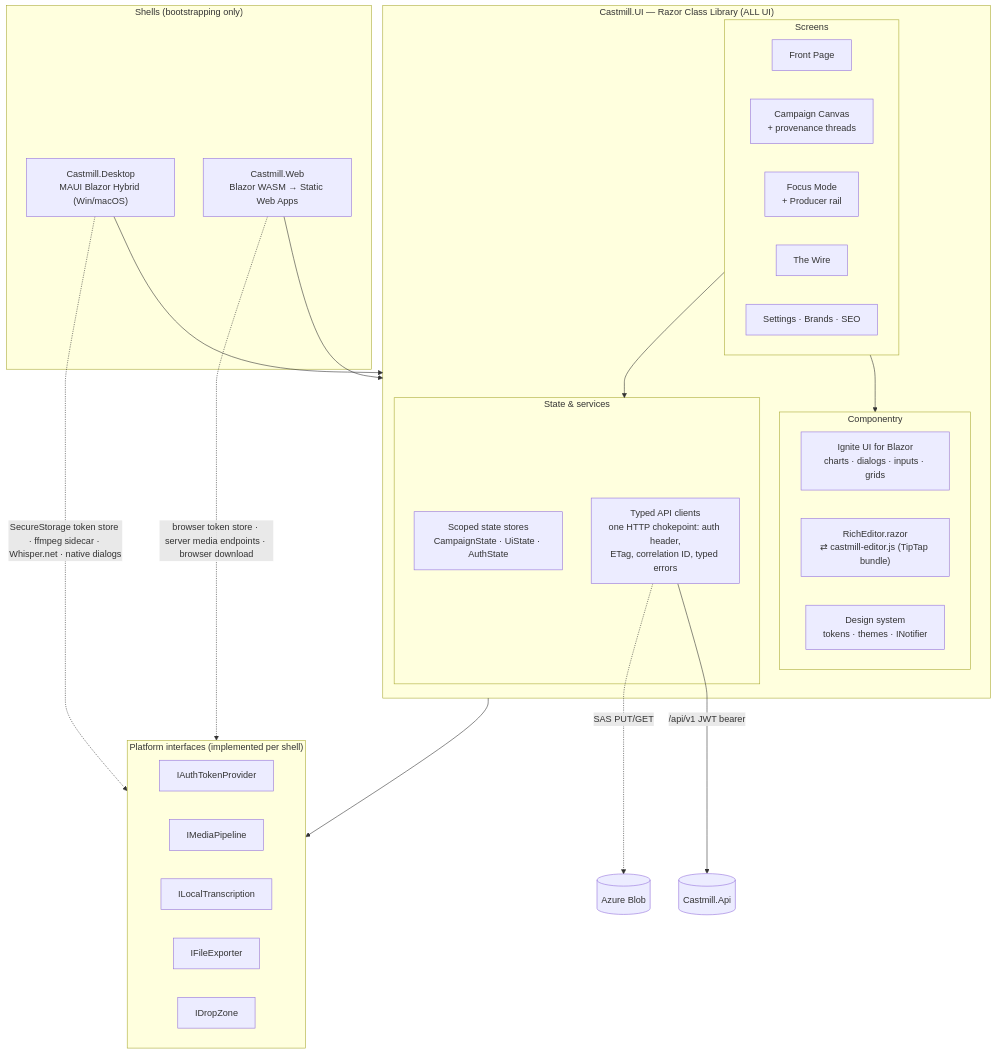
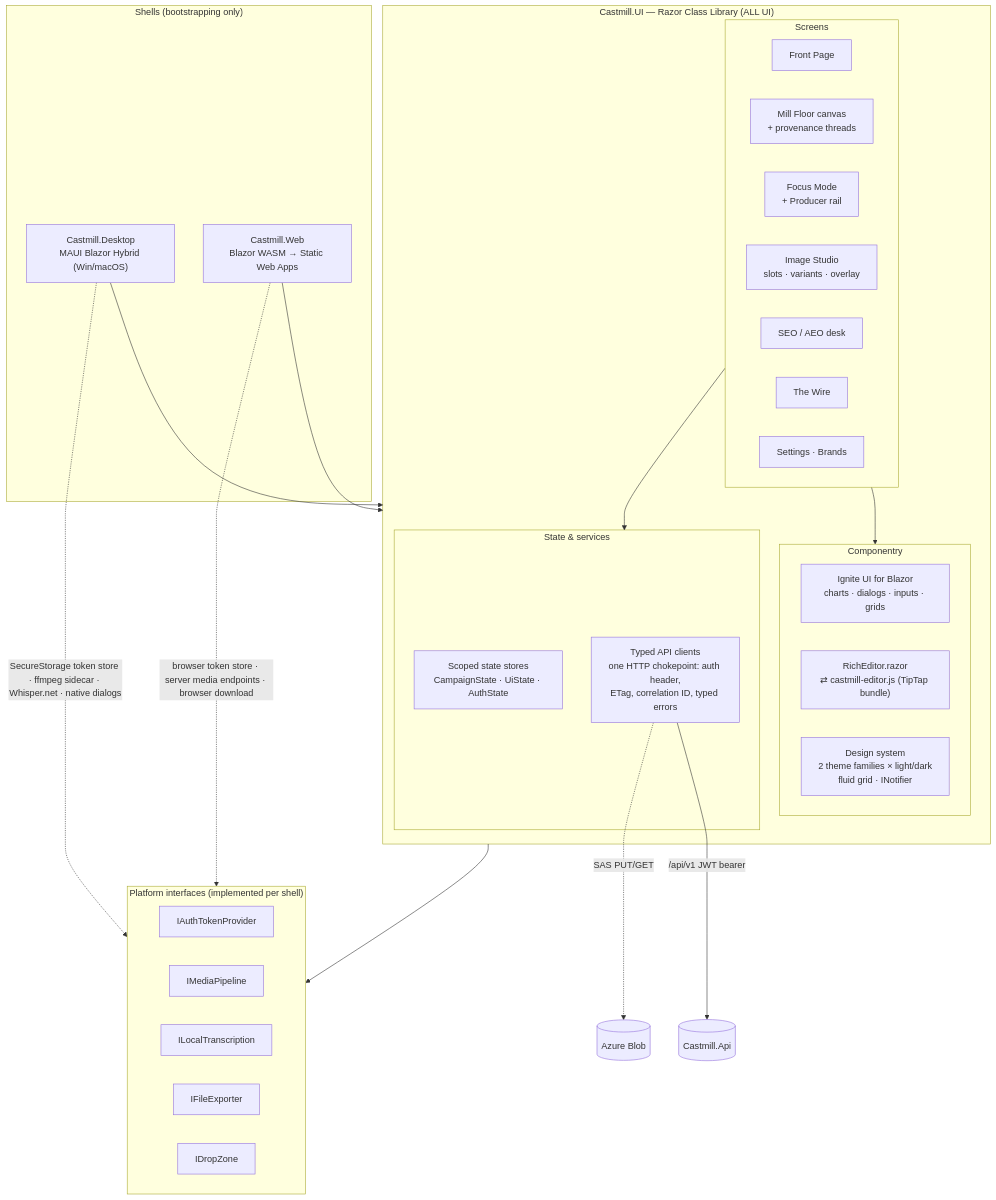
The diagram in Frontend-Architecture.md (jberes/vslhq26-content-alchemists), drawn with Mermaid before and after one commit. The commit also changed other lines of this file and 199 other files, not shown here.

````diff
--- a/Frontend-Architecture.md
+++ b/Frontend-Architecture.md
@@ -36,44 +44,46 @@
 ```mermaid
 flowchart TB
     subgraph Shells["Shells (bootstrapping only)"]
         MAUI["Castmill.Desktop<br/>MAUI Blazor Hybrid (Win/macOS)"]
         WASM["Castmill.Web<br/>Blazor WASM → Static Web Apps"]
     end
 
     subgraph RCL["Castmill.UI — Razor Class Library (ALL UI)"]
         subgraph Screens
             FP[Front Page]
-            CC[Campaign Canvas<br/>+ provenance threads]
+            CC["Mill Floor canvas<br/>+ provenance threads"]
             FM[Focus Mode<br/>+ Producer rail]
+            IMG[Image Studio<br/>slots · variants · overlay]
+            SEOV[SEO / AEO desk]
             WIRE[The Wire]
-            SET[Settings · Brands · SEO]
+            SET[Settings · Brands]
         end
         subgraph Componentry
             IGB[Ignite UI for Blazor<br/>charts · dialogs · inputs · grids]
             EDT["RichEditor.razor<br/>⇄ castmill-editor.js (TipTap bundle)"]
-            DS[Design system<br/>tokens · themes · INotifier]
+            DS["Design system<br/>2 theme families × light/dark<br/>fluid grid · INotifier"]
         end
         subgraph State["State & services"]
             STORES[Scoped state stores<br/>CampaignState · UiState · AuthState]
             HTTP[Typed API clients<br/>one HTTP chokepoint: auth header,<br/>ETag, correlation ID, typed errors]
         end
     end
 
     subgraph Platform["Platform interfaces (implemented per shell)"]
         IAUTH[IAuthTokenProvider]
         IMEDIA[IMediaPipeline]
         IWHISPER[ILocalTranscription]
         IFILE[IFileExporter]
         IDROP[IDropZone]
     end
 
     MAUI --> RCL
     WASM --> RCL
     Screens --> Componentry
     Screens --> State
     RCL --> Platform
     MAUI -.->|"SecureStorage token store · ffmpeg sidecar · Whisper.net · native dialogs"| Platform
     WASM -.->|"browser token store · server media endpoints · browser download"| Platform
     HTTP -->|"/api/v1 JWT bearer"| API[(Castmill.Api)]
     HTTP -.->|SAS PUT/GET| BLOB[(Azure Blob)]
 ```
````
